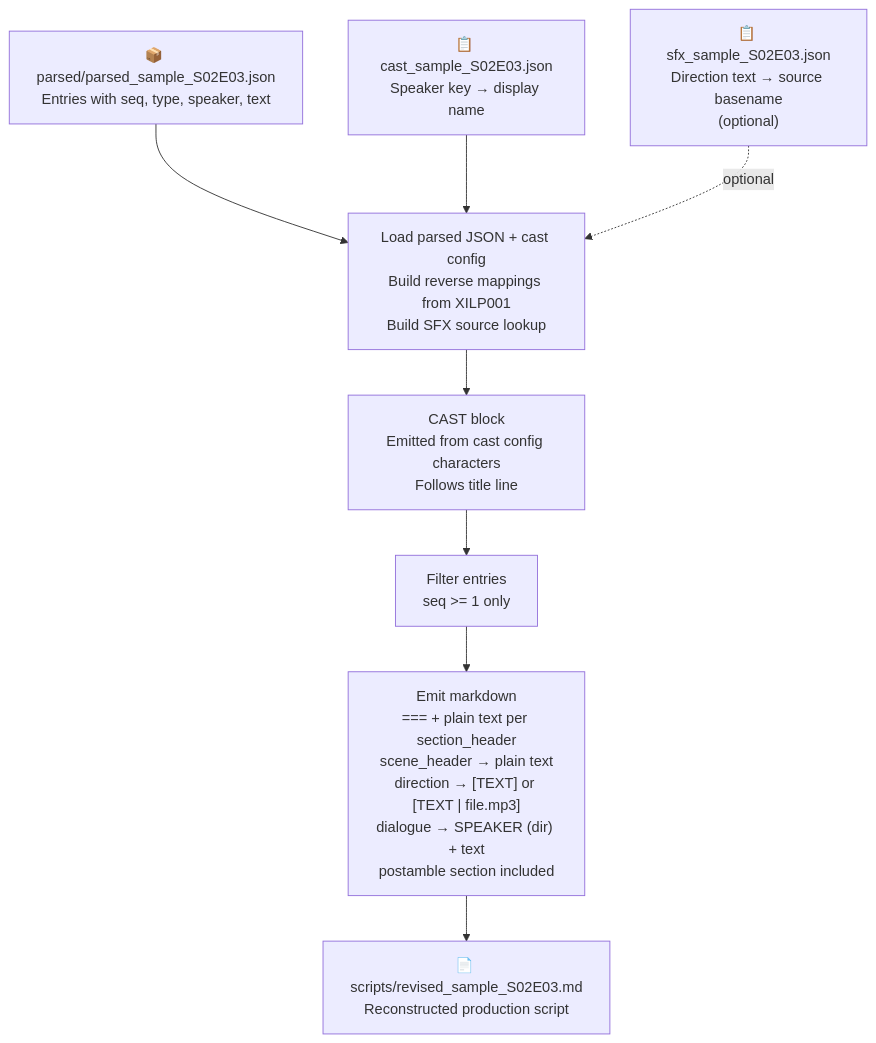
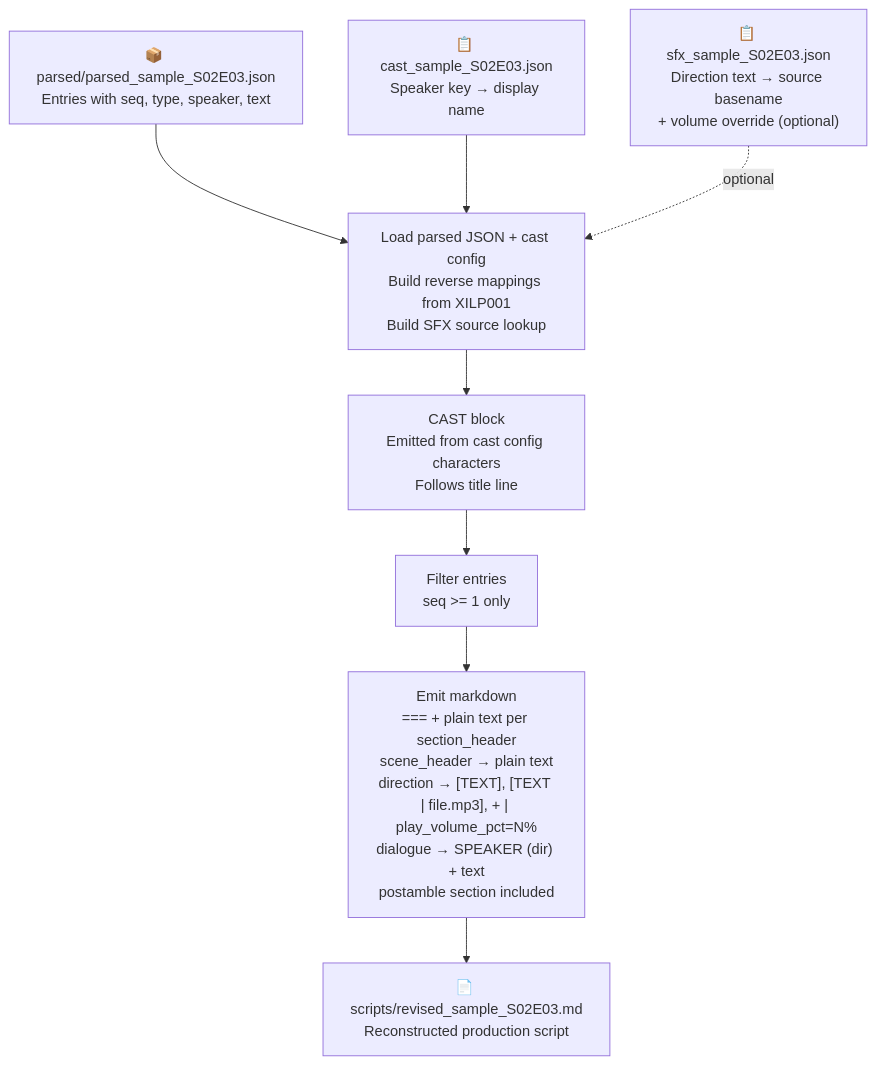
One commit to xilcmd/xil-pipeline changed diagram 18 of 33 in docs/pipeline.md. Above: the diagram before and after it, drawn with Mermaid. The commit also changed other lines of this file and 14 other files, not shown here.

First line of the commit message:
feat(parser): carry play_volume_pct script hints into the SFX config (#49)

````diff
--- a/docs/pipeline.md
+++ b/docs/pipeline.md
@@ -1259,32 +1303,32 @@
 ```mermaid
 flowchart TD
     PARSED["`📦 parsed/parsed_sample_S02E03.json
     Entries with seq, type, speaker, text`"]
     CAST["`📋 cast_sample_S02E03.json
     Speaker key → display name`"]
     SFX["`📋 sfx_sample_S02E03.json
     Direction text → source basename
-    (optional)`"]
+    + volume override (optional)`"]
 
     LOAD["`Load parsed JSON + cast config
     Build reverse mappings from XILP001
     Build SFX source lookup`"]
     CAST_BLOCK["`CAST block
     Emitted from cast config characters
     Follows title line`"]
     FILTER["`Filter entries
     seq >= 1 only`"]
     EMIT["`Emit markdown
     === + plain text per section_header
     scene_header → plain text
-    direction → [TEXT] or [TEXT | file.mp3]
+    direction → [TEXT], [TEXT | file.mp3], + | play_volume_pct=N%
     dialogue → SPEAKER (dir) + text
     postamble section included`"]
 
     PARSED --> LOAD
     CAST --> LOAD
     SFX -.->|optional| LOAD
     LOAD --> CAST_BLOCK --> FILTER --> EMIT
     EMIT --> OUTPUT["`📄 scripts/revised_sample_S02E03.md
     Reconstructed production script`"]
 ```
````
